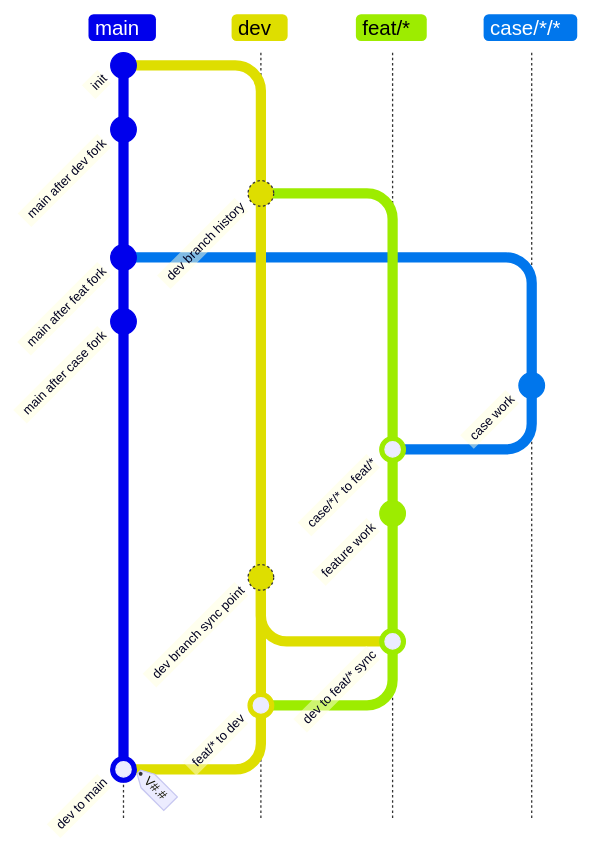
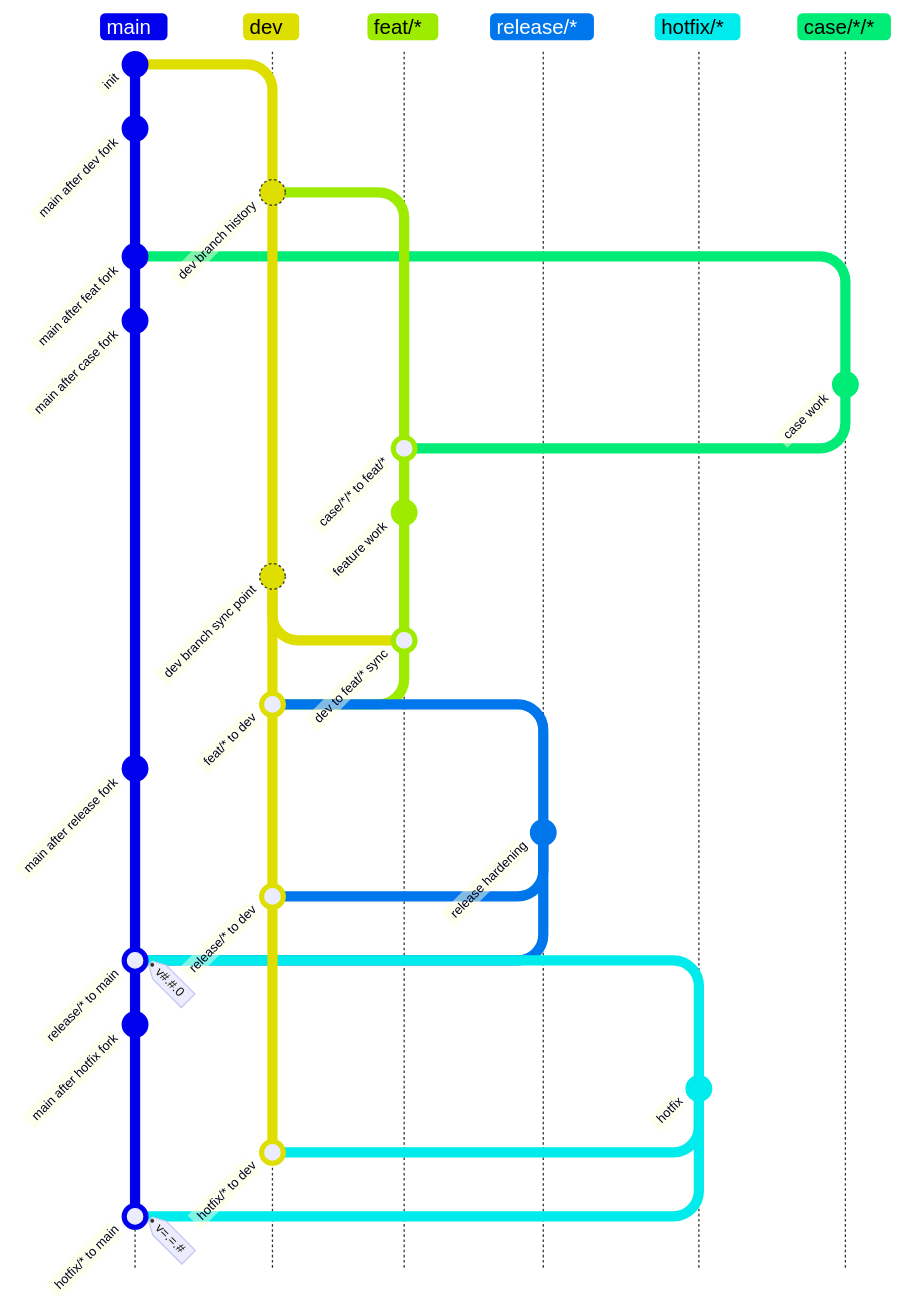
The diagram in .git-guard/contribution.md (ylang-ylang/portmap), drawn with Mermaid before and after one commit. The commit also changed other lines of this file and 23 other files, not shown here.

Commit message:
feat: adopt guarded release and hotfix branches with exact semantic tags

````diff
--- a/.git-guard/contribution.md
+++ b/.git-guard/contribution.md
@@ -3,38 +3,61 @@
 ```mermaid
 gitGraph TB:
     commit id:"init"
 
     checkout main
     branch dev order: 1
     checkout main
     commit id:"main after dev fork"
 
     checkout dev
     commit id:"dev branch history"
+
+    %% Feature work
     branch "feat/*" order: 2
     checkout main
     commit id:"main after feat fork"
 
     checkout main
-    branch "case/*/*" order: 3
+    branch "case/*/*" order: 5
     checkout main
     commit id:"main after case fork"
 
     checkout "case/*/*"
     commit id:"case work"
 
     checkout "feat/*"
     merge "case/*/*" id:"case/*/* to feat/*"
     commit id:"feature work"
 
     checkout dev
     commit id:"dev branch sync point"
+
     checkout "feat/*"
     merge dev id:"dev to feat/* sync"
 
     checkout dev
     merge "feat/*" id:"feat/* to dev"
 
+    %% Release from dev to main
+    branch "release/*" order: 3
     checkout main
-    merge dev id:"dev to main" tag:"V#.#"
+    commit id:"main after release fork"
+    checkout "release/*"
+    commit id:"release hardening"
+    checkout dev
+    merge "release/*" id:"release/* to dev"
+    checkout main
+    merge "release/*" id:"release/* to main" tag:"v#.#.0"
+
+    %% Hotfix from main
+    checkout main
+    branch "hotfix/*" order: 4
+    checkout main
+    commit id:"main after hotfix fork"
+    checkout "hotfix/*"
+    commit id:"hotfix"
+    checkout dev
+    merge "hotfix/*" id:"hotfix/* to dev"
+    checkout main
+    merge "hotfix/*" id:"hotfix/* to main" tag:"v=.=.#"
 ```
````
